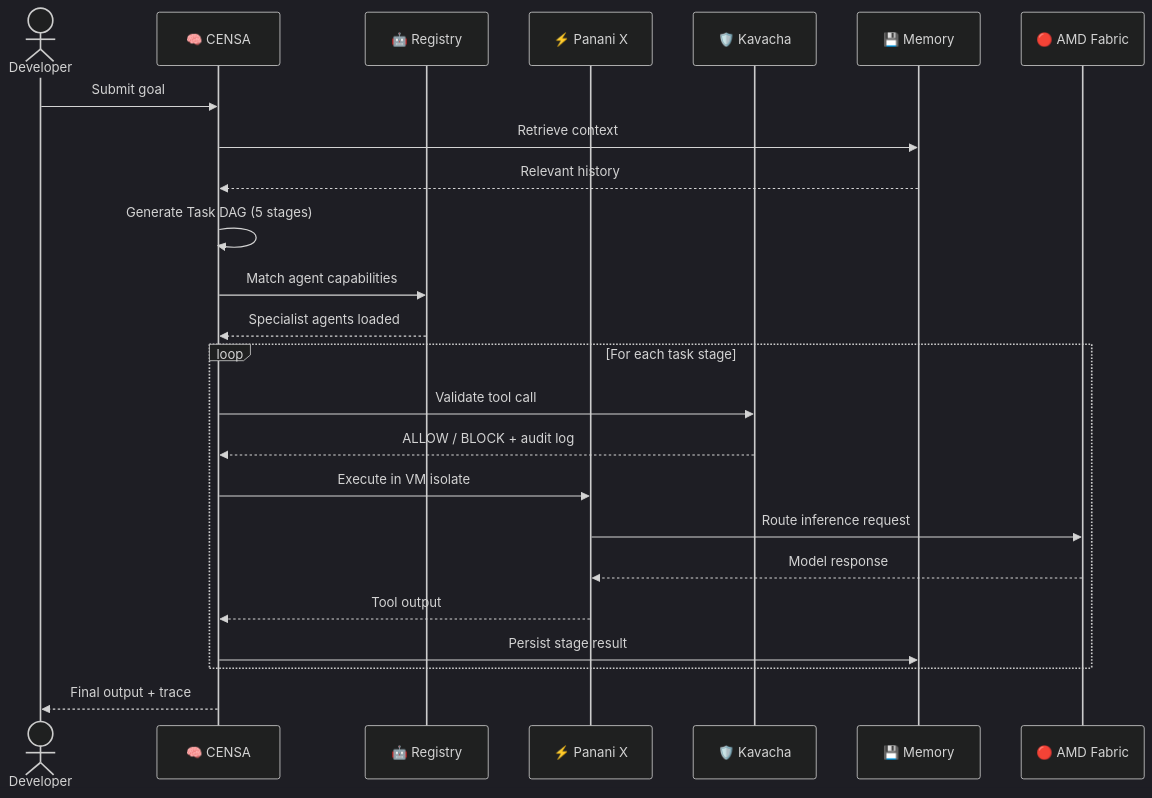
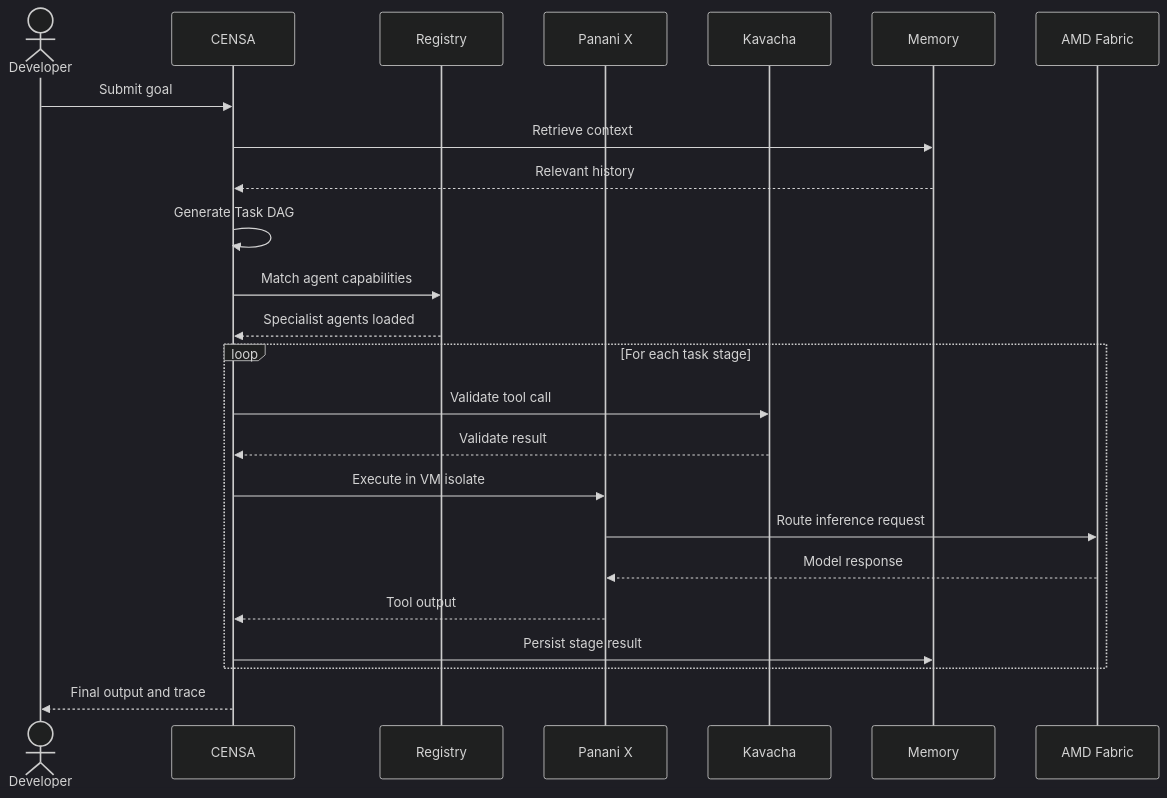
Before and after one commit to RE-EVOLVE-ON-HGI/re-evolve-hgi-amd-act2: the second of 4 diagrams in README.md, drawn with Mermaid (dark theme). The commit also changed other lines of this file, not shown here.

Commit message:
style: stabilize all Mermaid diagrams for GitHub rendering compatibility

````diff
--- a/README.md
+++ b/README.md
@@ -207,27 +207,27 @@
 ```mermaid
 sequenceDiagram
     actor Developer
-    participant CENSA as 🧠 CENSA
-    participant Registry as 🤖 Registry
-    participant Panani as ⚡ Panani X
-    participant Kavacha as 🛡️ Kavacha
-    participant Memory as 💾 Memory
-    participant AMD as 🔴 AMD Fabric
+    participant CENSA as CENSA
+    participant Registry as Registry
+    participant Panani as Panani X
+    participant Kavacha as Kavacha
+    participant Memory as Memory
+    participant AMD as AMD Fabric
 
     Developer->>CENSA: Submit goal
     CENSA->>Memory: Retrieve context
     Memory-->>CENSA: Relevant history
-    CENSA->>CENSA: Generate Task DAG (5 stages)
+    CENSA->>CENSA: Generate Task DAG
     CENSA->>Registry: Match agent capabilities
     Registry-->>CENSA: Specialist agents loaded
     loop For each task stage
         CENSA->>Kavacha: Validate tool call
-        Kavacha-->>CENSA: ALLOW / BLOCK + audit log
+        Kavacha-->>CENSA: Validate result
         CENSA->>Panani: Execute in VM isolate
         Panani->>AMD: Route inference request
         AMD-->>Panani: Model response
         Panani-->>CENSA: Tool output
         CENSA->>Memory: Persist stage result
     end
-    CENSA-->>Developer: Final output + trace
+    CENSA-->>Developer: Final output and trace
 ```
````
